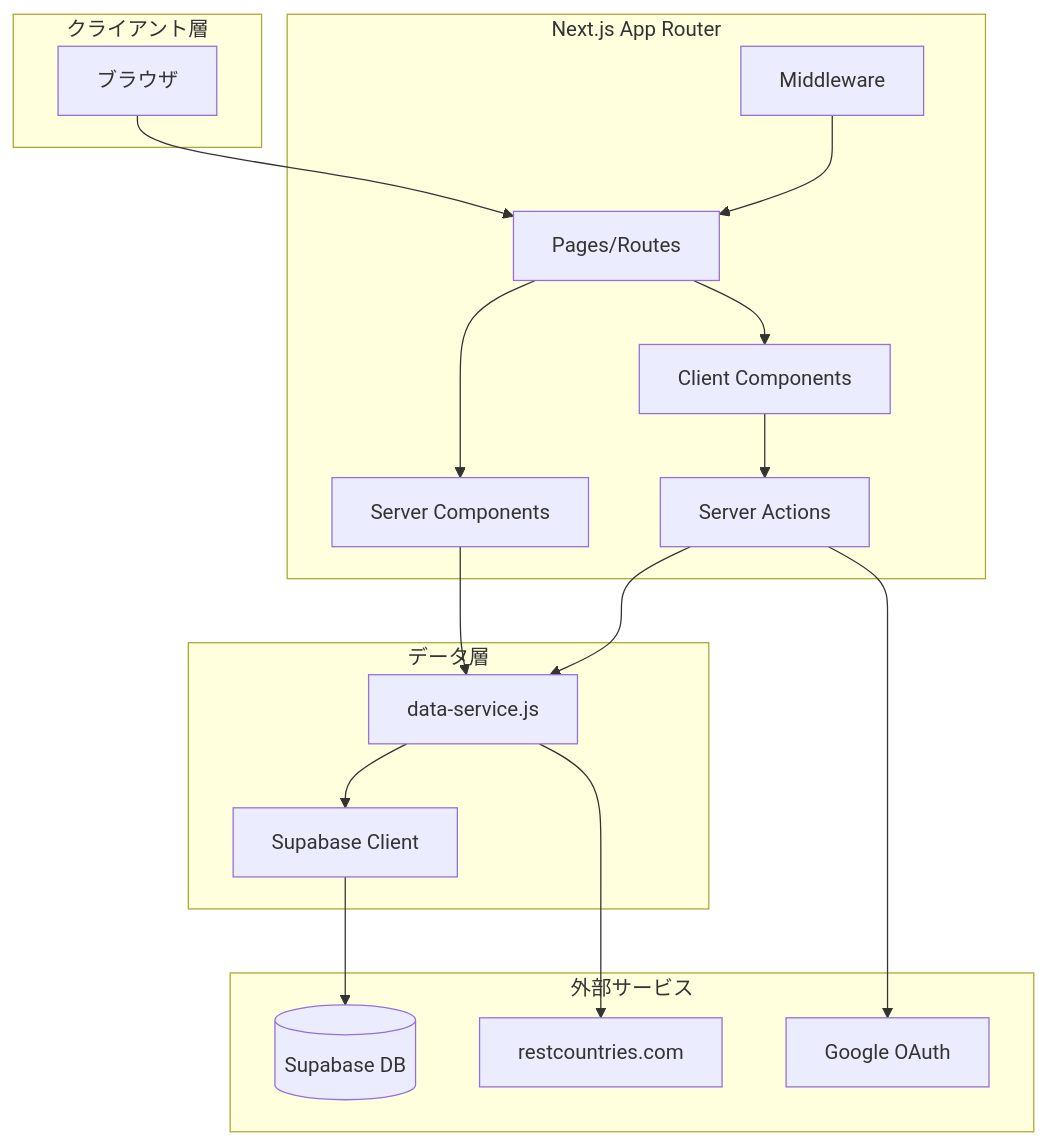
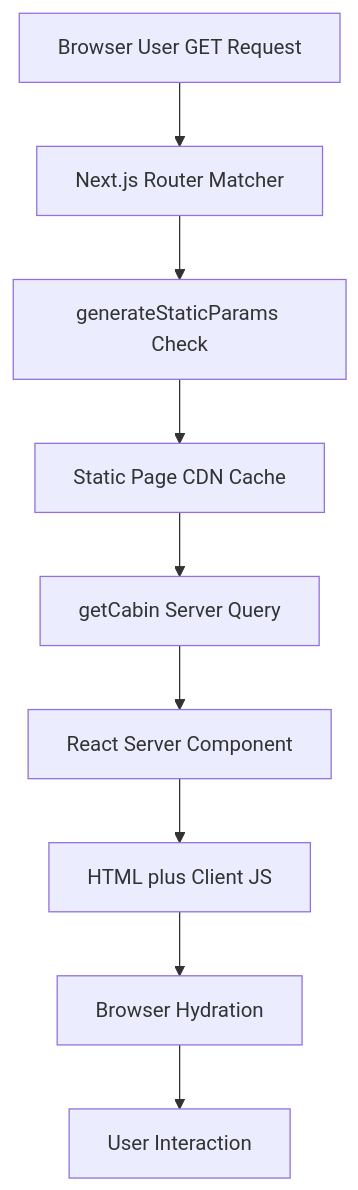
Before and after one commit to myoshi2891/MasterModernReact_NextJs: the second of 10 diagrams in README.md, drawn with Mermaid. The commit also changed other lines of this file, not shown here.

````diff
--- a/README.md
+++ b/README.md
@@ -81,37 +95,20 @@
 ```mermaid
-graph TB
-    subgraph "クライアント層"
-        Browser[ブラウザ]
-    end
-    
-    subgraph "Next.js App Router"
-        Pages[Pages/Routes]
-        ServerComponents[Server Components]
-        ClientComponents[Client Components]
-        ServerActions[Server Actions]
-        Middleware[Middleware]
-    end
-    
-    subgraph "データ層"
-        DataService[data-service.js]
-        SupabaseClient[Supabase Client]
-    end
-    
-    subgraph "外部サービス"
-        Supabase[(Supabase DB)]
-        GoogleOAuth[Google OAuth]
-        CountriesAPI[restcountries.com]
-    end
-    
-    Browser --> Pages
-    Pages --> ServerComponents
-    Pages --> ClientComponents
-    ClientComponents --> ServerActions
-    Middleware --> Pages
-    ServerActions --> DataService
-    ServerComponents --> DataService
-    DataService --> SupabaseClient
-    SupabaseClient --> Supabase
-    ServerActions --> GoogleOAuth
-    DataService --> CountriesAPI
+flowchart TD
+Browser[Browser User GET Request]
+Router[Next.js Router Matcher]
+Static[generateStaticParams Check]
+CDN[Static Page CDN Cache]
+Query[getCabin Server Query]
+Render[React Server Component]
+HTML[HTML plus Client JS]
+Hydrate[Browser Hydration]
+Interact[User Interaction]
+Browser --> Router
+Router --> Static
+Static --> CDN
+CDN --> Query
+Query --> Render
+Render --> HTML
+HTML --> Hydrate
+Hydrate --> Interact
 ```
````
